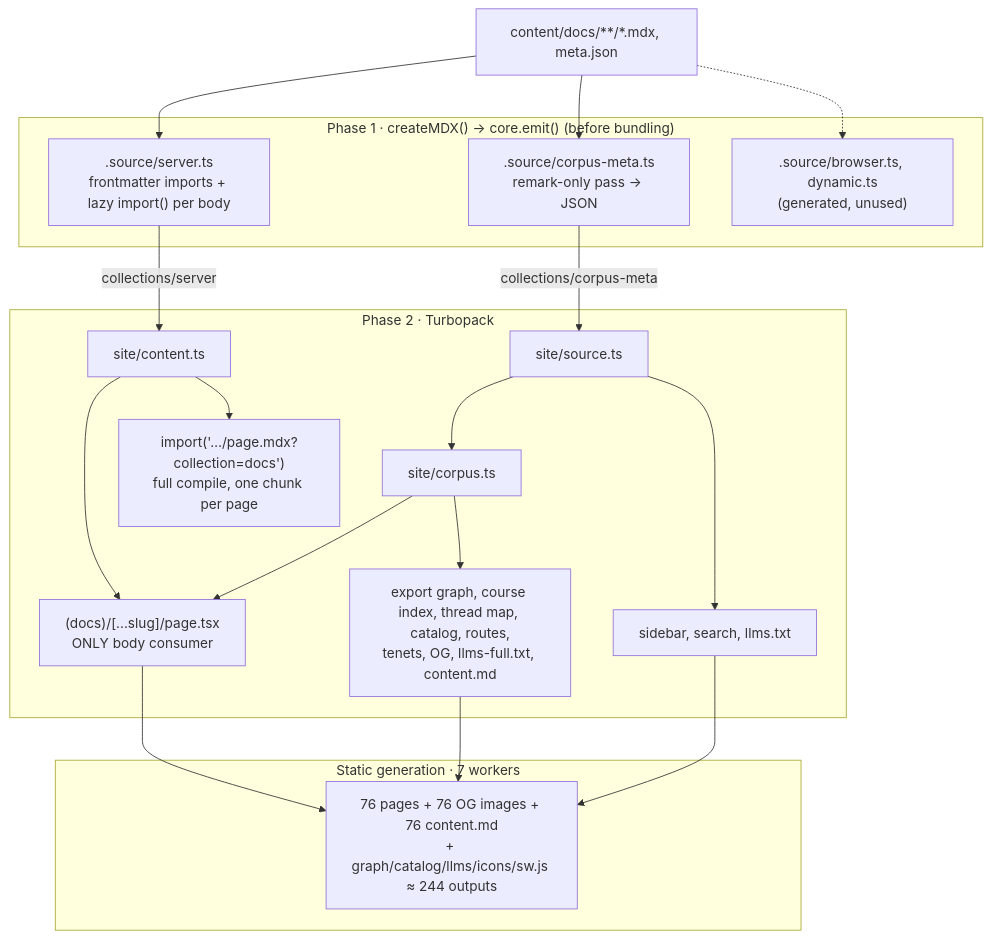
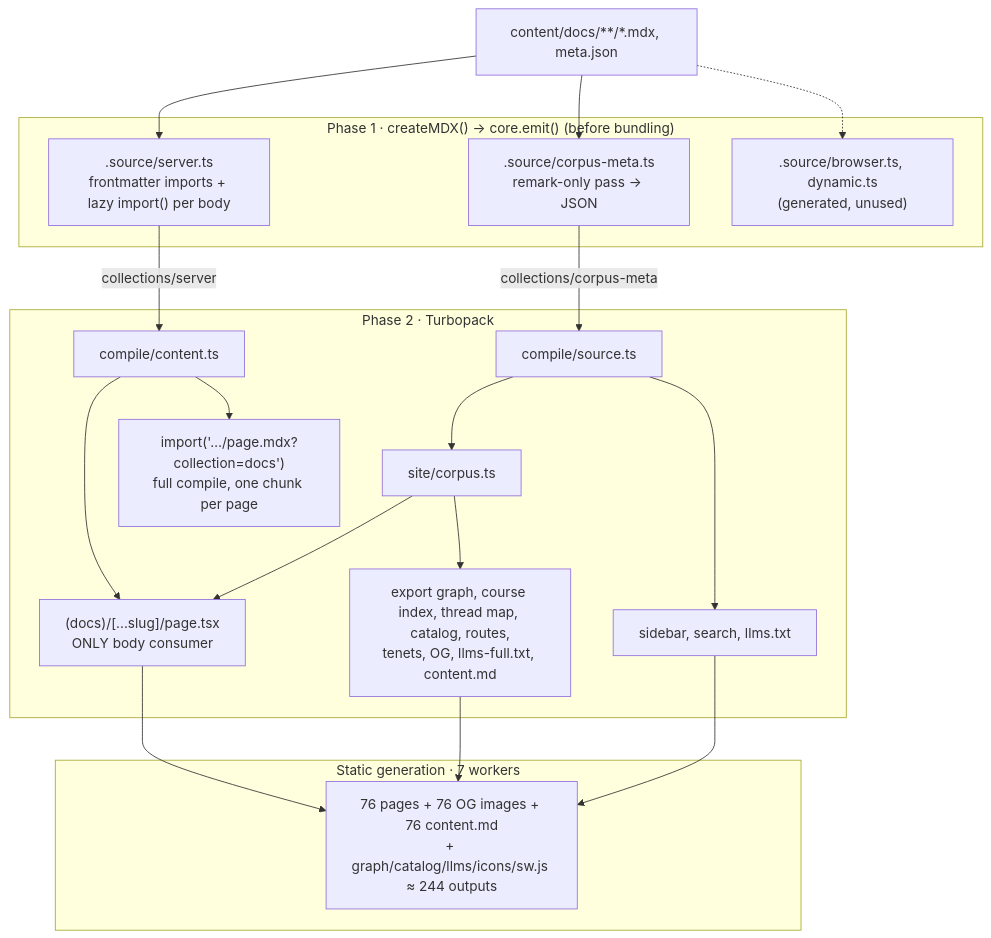
The diagram in COMPILE.md (kevinnhou/MATH1251), drawn with Mermaid before and after one commit. The commit also changed other lines of this file and 156 other files, not shown here.

````diff
--- a/COMPILE.md
+++ b/COMPILE.md
@@ -18,39 +18,39 @@
 ```mermaid
 flowchart TD
     src["content/docs/**/*.mdx, meta.json"]
 
     subgraph P1["Phase 1 · createMDX() → core.emit() (before bundling)"]
         meta[".source/corpus-meta.ts<br/>remark-only pass → JSON"]
         server[".source/server.ts<br/>frontmatter imports + lazy import() per body"]
         unused[".source/browser.ts, dynamic.ts<br/>(generated, unused)"]
     end
 
     subgraph P2["Phase 2 · Turbopack"]
-        source["site/source.ts"]
+        source["compile/source.ts"]
         corpus["site/corpus.ts"]
-        content["site/content.ts"]
+        content["compile/content.ts"]
         chunks["import('…/page.mdx?collection=docs')<br/>full compile, one chunk per page"]
         light["sidebar, search, llms.txt"]
         derived["export graph, course index, thread map, catalog, routes,<br/>tenets, OG, llms-full.txt, content.md"]
         page["(docs)/[...slug]/page.tsx<br/>ONLY body consumer"]
     end
 
     subgraph P3["Static generation · 7 workers"]
         out["76 pages + 76 OG images + 76 content.md<br/>+ graph/catalog/llms/icons/sw.js ≈ 244 outputs"]
     end
 
     src --> meta
     src --> server
     src -.-> unused
     meta -- "collections/corpus-meta" --> source
     source --> corpus
     source --> light
     corpus --> derived
     corpus --> page
     server -- "collections/server" --> content
     content --> page
     content --> chunks
     light --> out
     derived --> out
     page --> out
 ```
````
